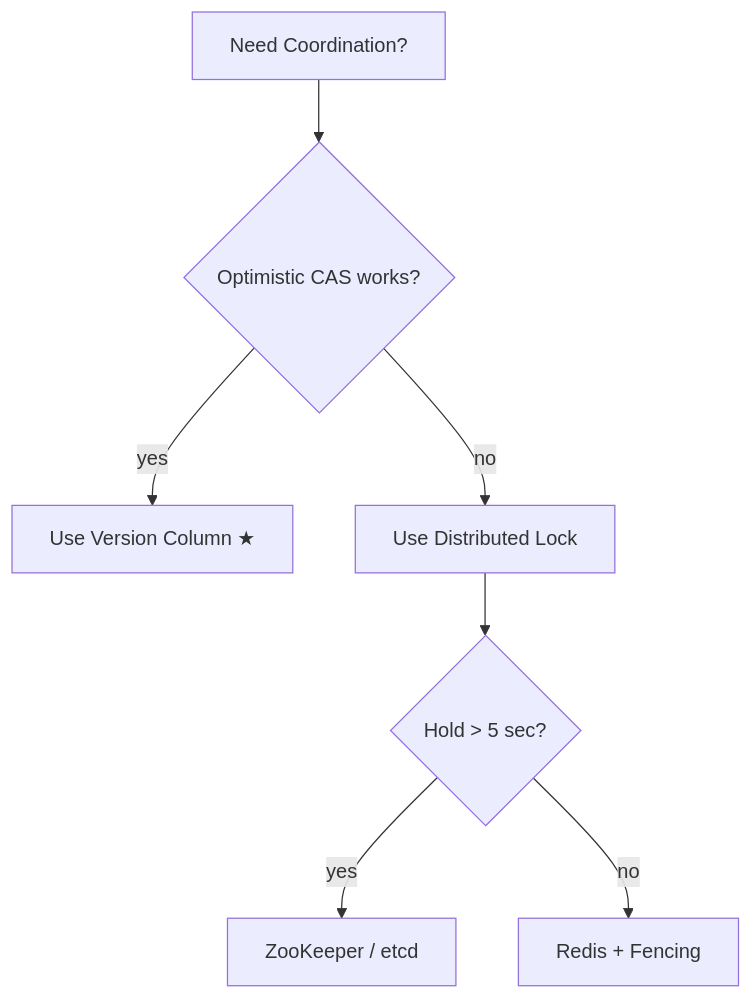
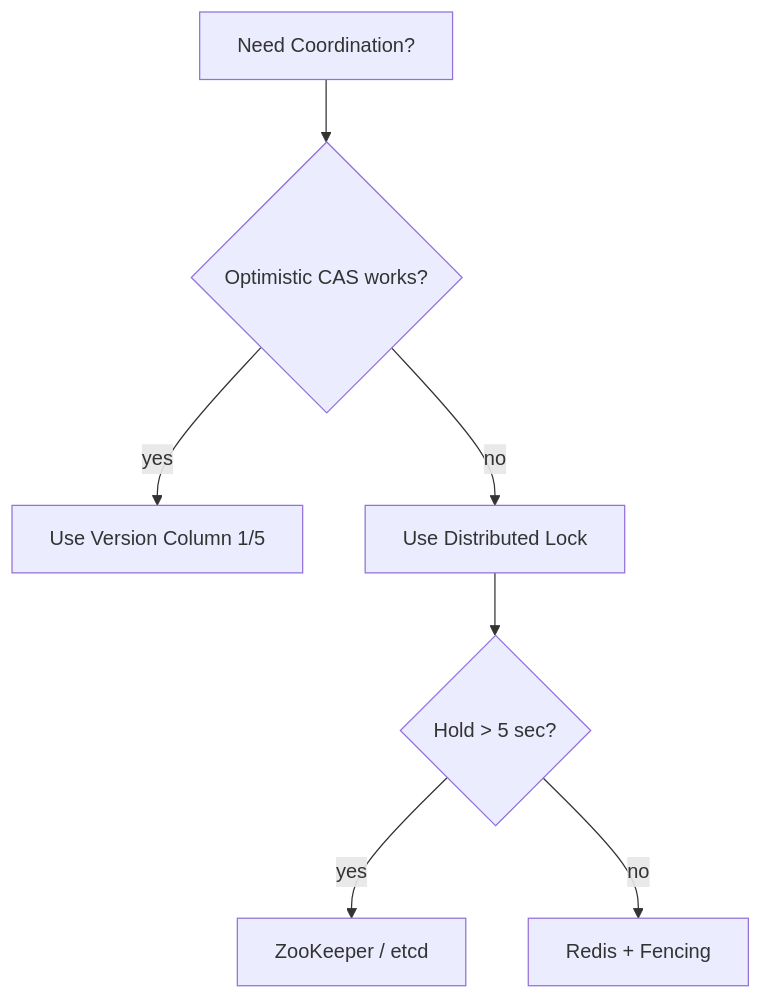
Diagram 18 of 18 in 06-platform-building-blocks/19-design-distributed-lock.md (billywr/system-design), drawn with Mermaid before and after one commit. The commit also changed other lines of this file and 39 other files, not shown here.

````diff
--- a/06-platform-building-blocks/19-design-distributed-lock.md
+++ b/06-platform-building-blocks/19-design-distributed-lock.md
@@ -767,9 +767,9 @@
 ```mermaid
 flowchart TD
     Need[Need Coordination?] --> CanCAS{Optimistic CAS works?}
-    CanCAS -->|yes| CAS[Use Version Column ★]
+    CanCAS -->|yes| CAS[Use Version Column 1/5]
     CanCAS -->|no| NeedLock[Use Distributed Lock]
     NeedLock --> Duration{Hold > 5 sec?}
     Duration -->|yes| ZK[ZooKeeper / etcd]
     Duration -->|no| Redis[Redis + Fencing]
 ```
````
